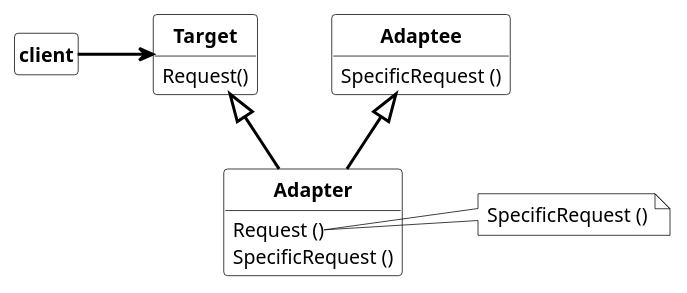
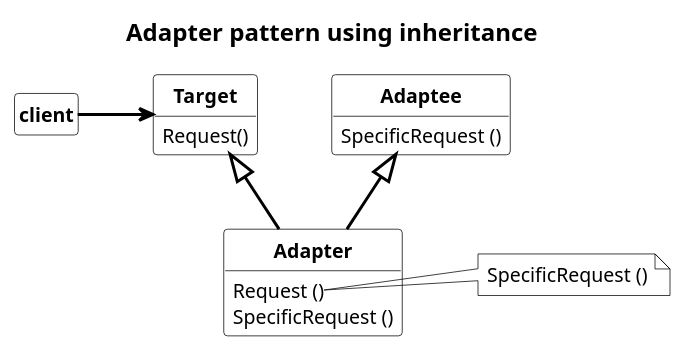
One commit to dst80/design-patterns changed the first of 2 diagrams in structural_pattern/adapter/adapter.md. Above: the diagram before and after it, drawn with PlantUML. The commit also changed other lines of this file, not shown here.

Commit message:
update adapter md file

````diff
--- a/structural_pattern/adapter/adapter.md
+++ b/structural_pattern/adapter/adapter.md
@@ -20,47 +9,53 @@
 ```plantuml
 @startuml adapter_by_inheritance
 skinparam ranksep 50
 skinparam nodesep 50
+skinparam Title {
+  FontSize 16
+  FontStyle bold
+}
 skinparam class {
   FontSize 13
   AttributeFontSize 13
   FontStyle bold
   BackgroundColor transparent
   BorderColor black
 }
 skinparam arrow {
   Color black
   FontColor black
   Thickness 2
 }
 skinparam note {
   BackgroundColor transparent
   BorderColor black
 }
 hide circle
 hide fields
+
+Title Adapter pattern using inheritance
 
 class client
 hide client members
 
 class Target {
     Request()
 }
 
 class Adaptee {
     SpecificRequest ()
 }
 
 class Adapter extends Target, Adaptee {
     Request ()
     SpecificRequest ()
 }
 
 note right of Adapter::Request
     SpecificRequest ()
 end note
 
 
 client -> Target
 @enduml
 ```
````
